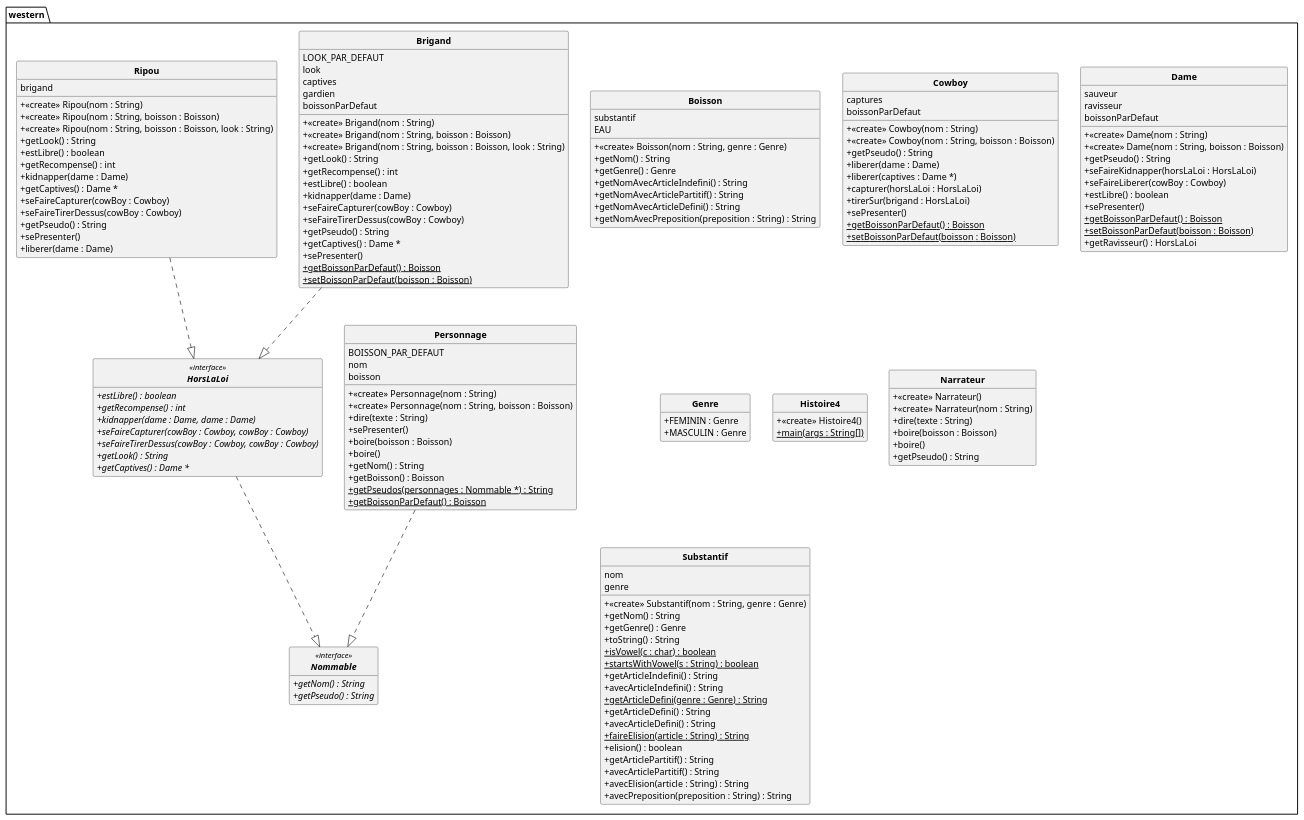
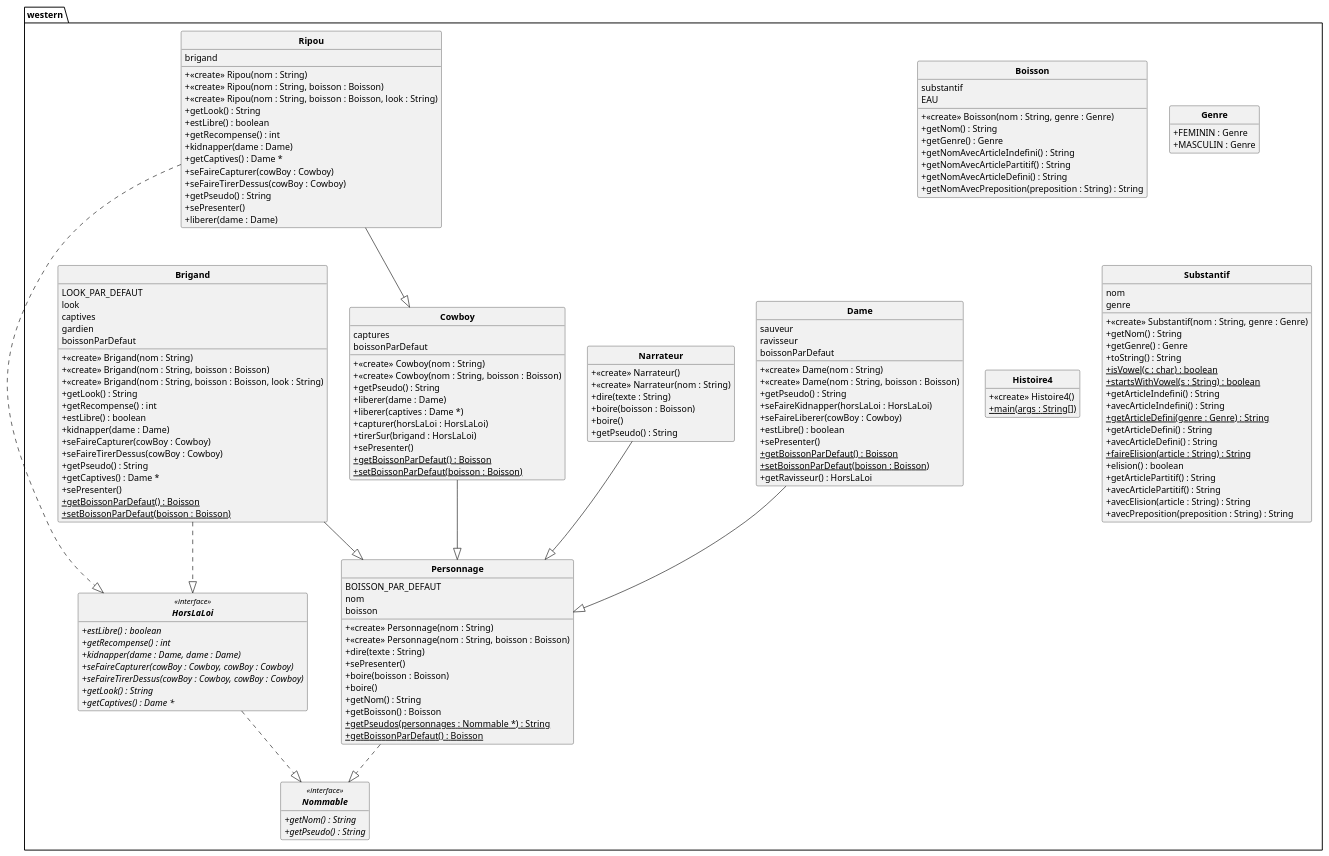
The diagram in out/production/p21_projet/pumlFromJava/westernClass.puml (DimToups/Java-to-PUML-converter), drawn with PlantUML before and after one commit. The commit also changed 2 other files, not shown here.

```diff
--- a/out/production/p21_projet/pumlFromJava/westernClass.puml
+++ b/out/production/p21_projet/pumlFromJava/westernClass.puml
@@ -1,174 +1,184 @@
 @startuml
 'https://plantuml.com/class-diagram
 skinparam style strictuml
 skinparam classAttributeIconSize 0
 skinparam classFontStyle Bold
 
 hide empty members
 
 package western{
 class Boisson{
 substantif
 EAU
 + <<create>> Boisson(nom : String, genre : Genre)
 + getNom() : String
 + getGenre() : Genre
 + getNomAvecArticleIndefini() : String
 + getNomAvecArticlePartitif() : String
 + getNomAvecArticleDefini() : String
 + getNomAvecPreposition(preposition : String) : String
 }
 
 class Brigand{
 LOOK_PAR_DEFAUT
 look
 captives
 gardien
 boissonParDefaut
 + <<create>> Brigand(nom : String)
 + <<create>> Brigand(nom : String, boisson : Boisson)
 + <<create>> Brigand(nom : String, boisson : Boisson, look : String)
 + getLook() : String
 + getRecompense() : int
 + estLibre() : boolean
 + kidnapper(dame : Dame)
 + seFaireCapturer(cowBoy : Cowboy)
 + seFaireTirerDessus(cowBoy : Cowboy)
 + getPseudo() : String
 + getCaptives() : Dame *
 + sePresenter()
 + getBoissonParDefaut() {static} : Boisson
 + setBoissonParDefaut(boisson : Boisson) {static}
 }
 
 class Cowboy{
 captures
 boissonParDefaut
 + <<create>> Cowboy(nom : String)
 + <<create>> Cowboy(nom : String, boisson : Boisson)
 + getPseudo() : String
 + liberer(dame : Dame)
 + liberer(captives : Dame *)
 + capturer(horsLaLoi : HorsLaLoi)
 + tirerSur(brigand : HorsLaLoi)
 + sePresenter()
 + getBoissonParDefaut() {static} : Boisson
 + setBoissonParDefaut(boisson : Boisson) {static}
 }
 
 class Dame{
 sauveur
 ravisseur
 boissonParDefaut
 + <<create>> Dame(nom : String)
 + <<create>> Dame(nom : String, boisson : Boisson)
 + getPseudo() : String
 + seFaireKidnapper(horsLaLoi : HorsLaLoi)
 + seFaireLiberer(cowBoy : Cowboy)
 + estLibre() : boolean
 + sePresenter()
 + getBoissonParDefaut() {static} : Boisson
 + setBoissonParDefaut(boisson : Boisson) {static}
 + getRavisseur() : HorsLaLoi
 }
 
 class Genre{
 + FEMININ : Genre
 + MASCULIN : Genre
 }
 
 class Histoire4{
 + <<create>> Histoire4()
 + main(args : String[]) {static}
 }
 
 interface HorsLaLoi<<interface>>{
 + estLibre() {abstract} : boolean
 + getRecompense() {abstract} : int
 + kidnapper(dame : Dame, dame : Dame) {abstract}
 + seFaireCapturer(cowBoy : Cowboy, cowBoy : Cowboy) {abstract}
 + seFaireTirerDessus(cowBoy : Cowboy, cowBoy : Cowboy) {abstract}
 + getLook() {abstract} : String
 + getCaptives() {abstract} : Dame *
 }
 
 class Narrateur{
 + <<create>> Narrateur()
 + <<create>> Narrateur(nom : String)
 + dire(texte : String)
 + boire(boisson : Boisson)
 + boire()
 + getPseudo() : String
 }
 
 interface Nommable<<interface>>{
 + getNom() {abstract} : String
 + getPseudo() {abstract} : String
 }
 
 class Personnage{
 BOISSON_PAR_DEFAUT
 nom
 boisson
 + <<create>> Personnage(nom : String)
 + <<create>> Personnage(nom : String, boisson : Boisson)
 + dire(texte : String)
 + sePresenter()
 + boire(boisson : Boisson)
 + boire()
 + getNom() : String
 + getBoisson() : Boisson
 + getPseudos(personnages : Nommable *) {static} : String
 + getBoissonParDefaut() {static} : Boisson
 }
 
 class Ripou{
 brigand
 + <<create>> Ripou(nom : String)
 + <<create>> Ripou(nom : String, boisson : Boisson)
 + <<create>> Ripou(nom : String, boisson : Boisson, look : String)
 + getLook() : String
 + estLibre() : boolean
 + getRecompense() : int
 + kidnapper(dame : Dame)
 + getCaptives() : Dame *
 + seFaireCapturer(cowBoy : Cowboy)
 + seFaireTirerDessus(cowBoy : Cowboy)
 + getPseudo() : String
 + sePresenter()
 + liberer(dame : Dame)
 }
 
 class Substantif{
 nom
 genre
 + <<create>> Substantif(nom : String, genre : Genre)
 + getNom() : String
 + getGenre() : Genre
 + toString() : String
 + isVowel(c : char) {static} : boolean
 + startsWithVowel(s : String) {static} : boolean
 + getArticleIndefini() : String
 + avecArticleIndefini() : String
 + getArticleDefini(genre : Genre) {static} : String
 + getArticleDefini() : String
 + avecArticleDefini() : String
 + faireElision(article : String) {static} : String
 + elision() : boolean
 + getArticlePartitif() : String
 + avecArticlePartitif() : String
 + avecElision(article : String) : String
 + avecPreposition(preposition : String) : String
 }
 
 
+Brigand --|> Personnage
+
 Brigand ..|> HorsLaLoi
+
+Cowboy --|> Personnage
+
+Dame --|> Personnage
 
 HorsLaLoi ..|> Nommable
 
+Narrateur --|> Personnage
+
 Personnage ..|> Nommable
+
+Ripou --|> Cowboy
 
 Ripou ..|> HorsLaLoi
 
 }
 @enduml
```
